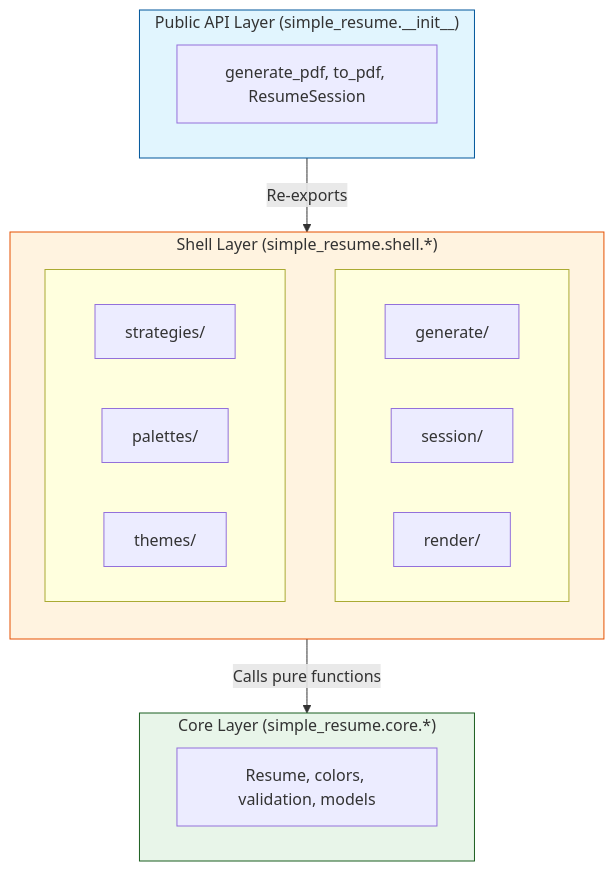
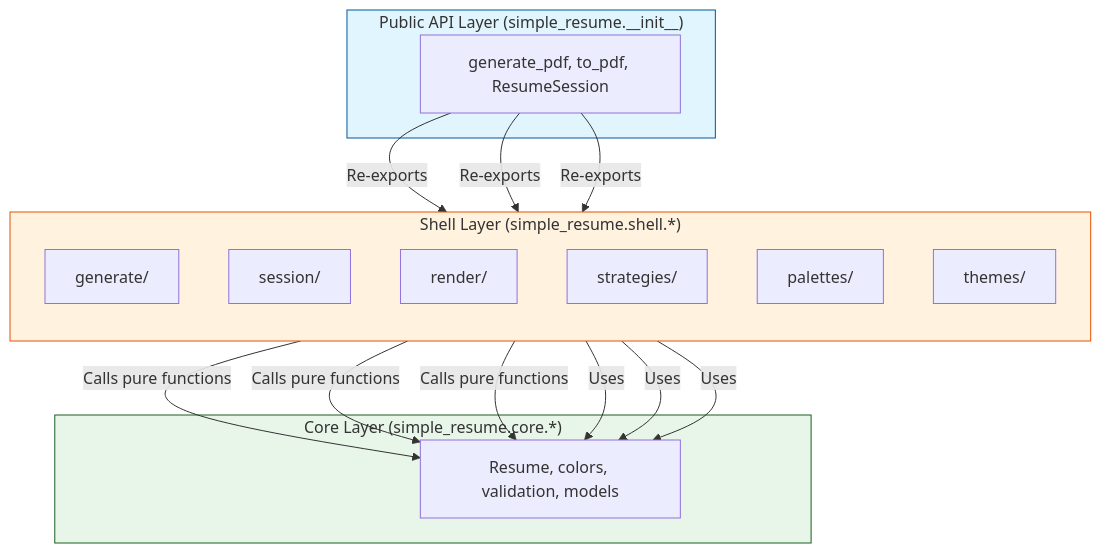
The diagram in wiki/Shell-Layer-APIs.md (athola/simple-resume), drawn with Mermaid before and after one commit.

Commit message:
docs(wiki): flatten Mermaid diagram and clarify PUBLIC layer connections
Remove nested ROW1/ROW2 subgraphs from the Shell layer to simplify the
Mermaid flowchart layout. Replace the generic PUBLIC→SHELL re-export edge
with explicit EXPORTS→module edges for generate/, session/, and render/.

This makes the architecture diagram easier to read and better represents
the individual re-export relationships from the PUBLIC layer to each
Shell module.

````diff
--- a/wiki/Shell-Layer-APIs.md
+++ b/wiki/Shell-Layer-APIs.md
@@ -19,31 +19,35 @@
 ```mermaid
 flowchart TB
     subgraph PUBLIC["Public API Layer (simple_resume.__init__)"]
         EXPORTS["generate_pdf, to_pdf, ResumeSession"]
     end
 
     subgraph SHELL["Shell Layer (simple_resume.shell.*)"]
         direction TB
-        subgraph ROW1[" "]
-            GEN["generate/"]
-            SESS["session/"]
-            REND["render/"]
-        end
-        subgraph ROW2[" "]
-            STRAT["strategies/"]
-            PAL["palettes/"]
-            THEME["themes/"]
-        end
+        GEN["generate/"]
+        SESS["session/"]
+        REND["render/"]
+        STRAT["strategies/"]
+        PAL["palettes/"]
+        THEME["themes/"]
     end
 
     subgraph CORE["Core Layer (simple_resume.core.*)"]
         PURE["Resume, colors, validation, models"]
     end
 
-    PUBLIC -->|"Re-exports"| SHELL
-    SHELL -->|"Calls pure functions"| CORE
+    EXPORTS -->|"Re-exports"| GEN
+    EXPORTS -->|"Re-exports"| SESS
+    EXPORTS -->|"Re-exports"| REND
+
+    GEN -->|"Calls pure functions"| PURE
+    SESS -->|"Calls pure functions"| PURE
+    REND -->|"Calls pure functions"| PURE
+    STRAT -->|"Uses"| PURE
+    PAL -->|"Uses"| PURE
+    THEME -->|"Uses"| PURE
 
     style PUBLIC fill:#e1f5fe,stroke:#01579b
     style SHELL fill:#fff3e0,stroke:#e65100
     style CORE fill:#e8f5e9,stroke:#1b5e20
 ```
````
